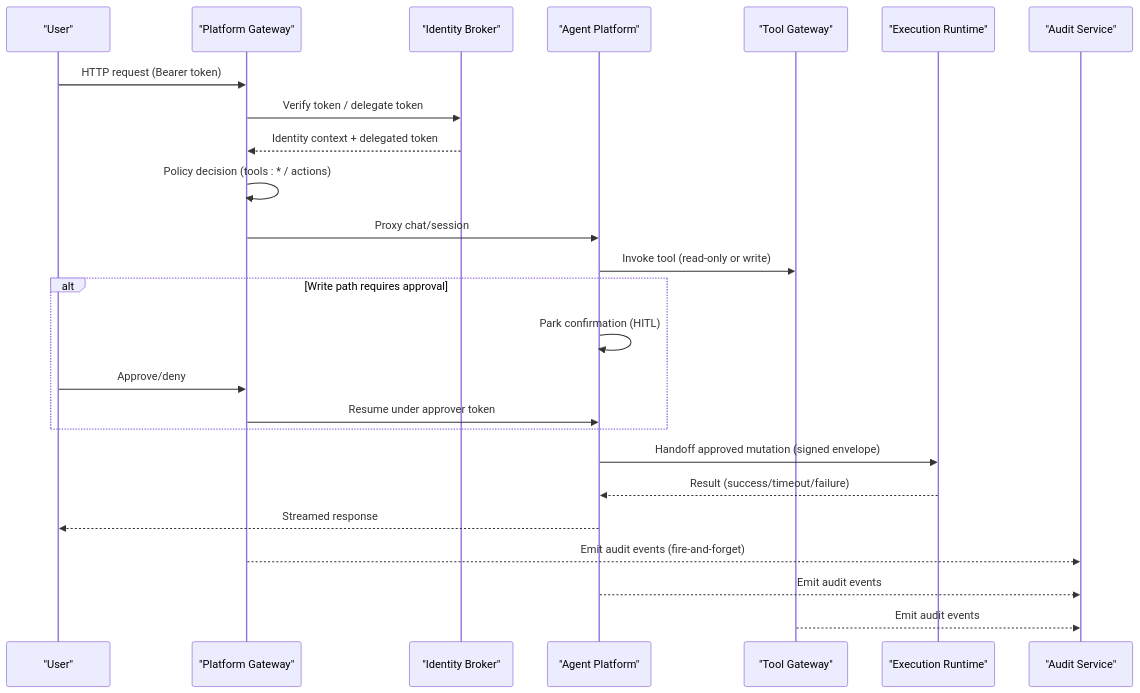
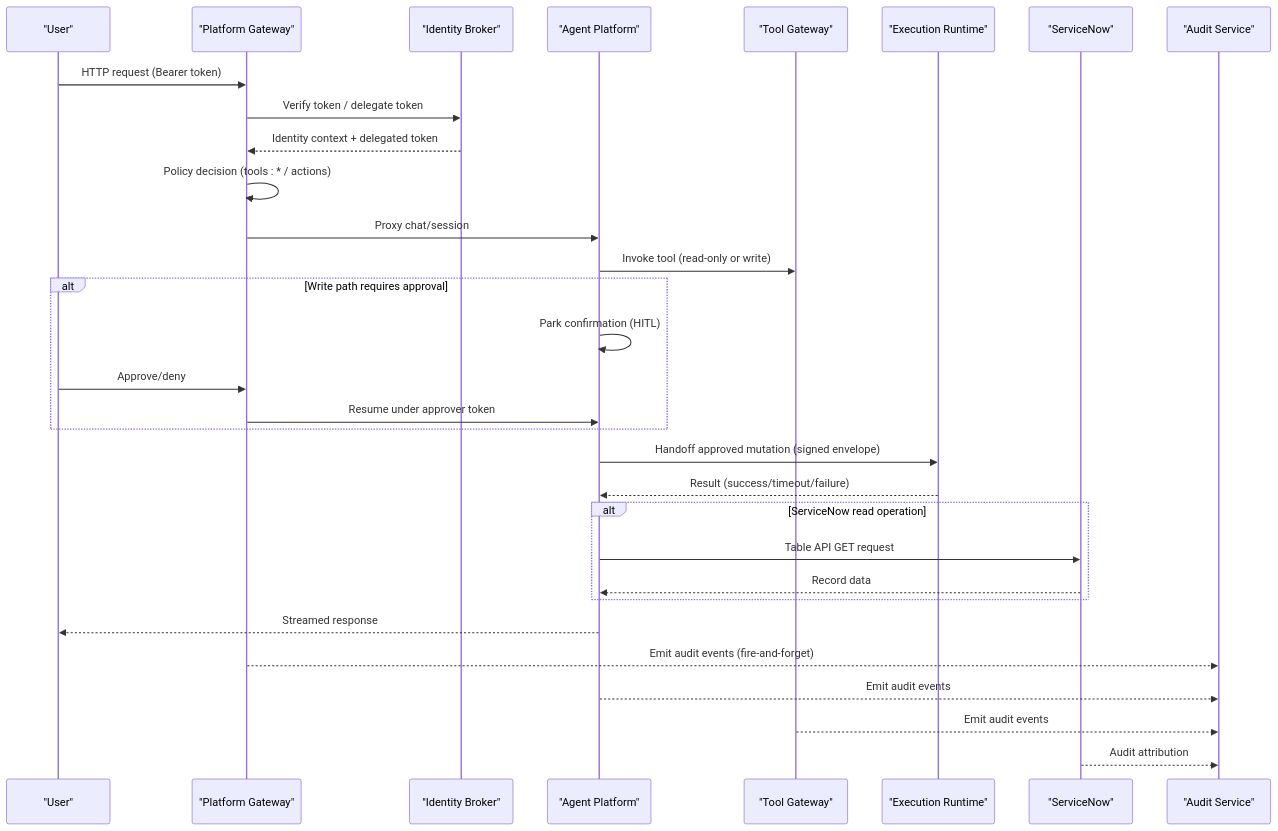
Before and after one commit to metasync/luban-aiops: the second of 3 diagrams in .qoder/repowiki/en/content/Troubleshooting and FAQ.md, drawn with Mermaid. The commit also changed other lines of this file and 7 other files, not shown here.

Commit message:
docs: index the ServiceNow live-integration guide in the repowiki cache

````diff
--- a/.qoder/repowiki/en/content/Troubleshooting and FAQ.md
+++ b/.qoder/repowiki/en/content/Troubleshooting and FAQ.md
@@ -103,27 +120,33 @@
 ```mermaid
 sequenceDiagram
 participant U as "User"
 participant PGW as "Platform Gateway"
 participant IDB as "Identity Broker"
 participant AGP as "Agent Platform"
 participant TGW as "Tool Gateway"
 participant ERW as "Execution Runtime"
+participant SNOW as "ServiceNow"
 participant AUD as "Audit Service"
 U->>PGW : HTTP request (Bearer token)
 PGW->>IDB : Verify token / delegate token
 IDB-->>PGW : Identity context + delegated token
 PGW->>PGW : Policy decision (tools : * / actions)
 PGW->>AGP : Proxy chat/session
 AGP->>TGW : Invoke tool (read-only or write)
 alt Write path requires approval
 AGP->>AGP : Park confirmation (HITL)
 U->>PGW : Approve/deny
 PGW->>AGP : Resume under approver token
 end
 AGP->>ERW : Handoff approved mutation (signed envelope)
 ERW-->>AGP : Result (success/timeout/failure)
+alt ServiceNow read operation
+AGP->>SNOW : Table API GET request
+SNOW-->>AGP : Record data
+end
 AGP-->>U : Streamed response
 PGW-->>AUD : Emit audit events (fire-and-forget)
 AGP-->>AUD : Emit audit events
 TGW-->>AUD : Emit audit events
+SNOW-->>AUD : Audit attribution
 ```
````
